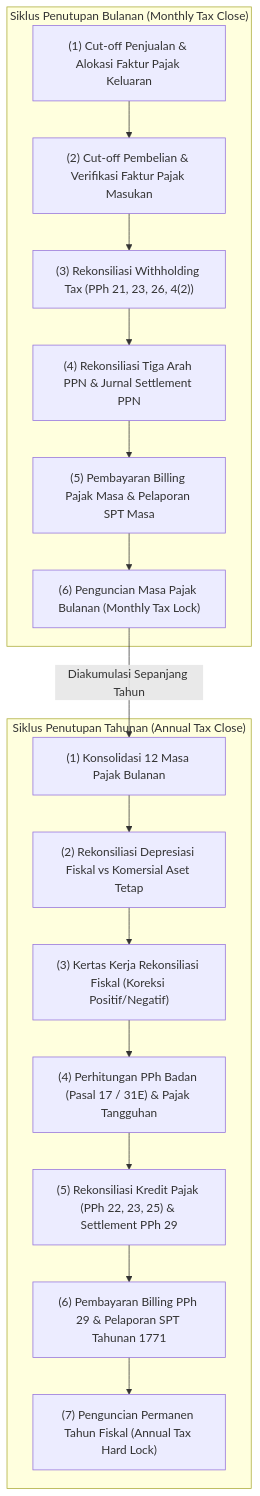
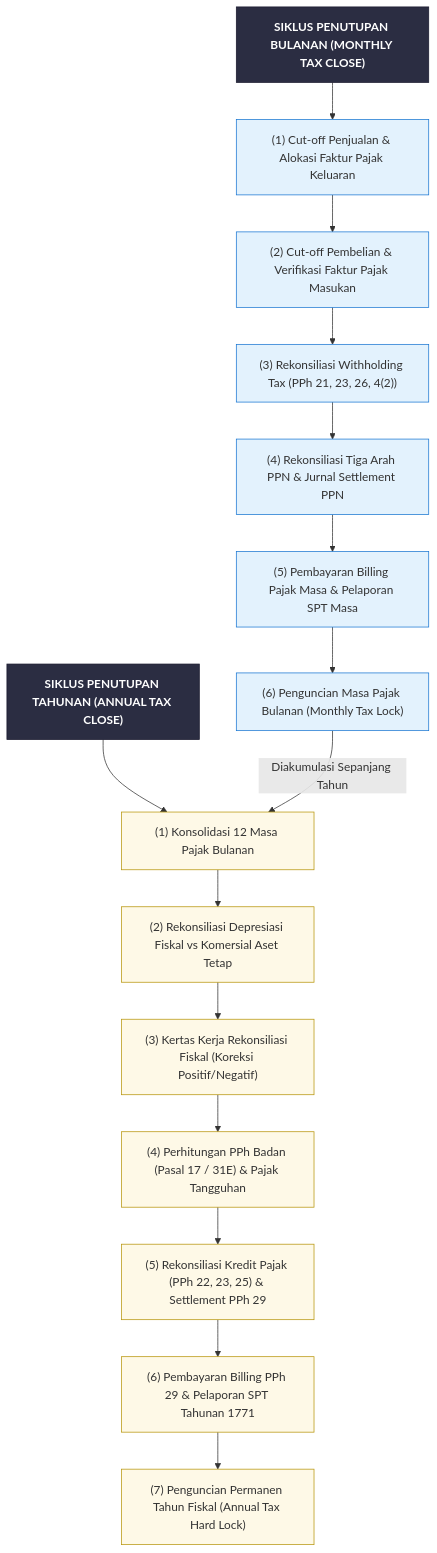
One commit to alimurrofid/erp-notes changed the diagram in content/11-tax/tax-closing-and-period-end.md. Above: the diagram before and after it, drawn with Mermaid. The commit also changed 58 other files, not shown here.

Commit message:
fix(content):Mermaid Subgraph

````diff
--- a/content/11-tax/tax-closing-and-period-end.md
+++ b/content/11-tax/tax-closing-and-period-end.md
@@ -27,25 +27,33 @@
 ```mermaid
 flowchart TD
-    subgraph Monthly["Siklus Penutupan Bulanan (Monthly Tax Close)"]
-        M1["(1) Cut-off Penjualan & Alokasi Faktur Pajak Keluaran"]
-        M2["(2) Cut-off Pembelian & Verifikasi Faktur Pajak Masukan"]
-        M3["(3) Rekonsiliasi Withholding Tax (PPh 21, 23, 26, 4(2))"]
-        M4["(4) Rekonsiliasi Tiga Arah PPN & Jurnal Settlement PPN"]
-        M5["(5) Pembayaran Billing Pajak Masa & Pelaporan SPT Masa"]
-        M6["(6) Penguncian Masa Pajak Bulanan (Monthly Tax Lock)"]
-        M1 --> M2 --> M3 --> M4 --> M5 --> M6
-    end
+    H_Monthly["SIKLUS PENUTUPAN BULANAN (MONTHLY TAX CLOSE)"]
+    M1["(1) Cut-off Penjualan & Alokasi Faktur Pajak Keluaran"]
+    M2["(2) Cut-off Pembelian & Verifikasi Faktur Pajak Masukan"]
+    M3["(3) Rekonsiliasi Withholding Tax (PPh 21, 23, 26, 4(2))"]
+    M4["(4) Rekonsiliasi Tiga Arah PPN & Jurnal Settlement PPN"]
+    M5["(5) Pembayaran Billing Pajak Masa & Pelaporan SPT Masa"]
+    M6["(6) Penguncian Masa Pajak Bulanan (Monthly Tax Lock)"]
+    
+    H_Monthly --> M1 --> M2 --> M3 --> M4 --> M5 --> M6
 
-    subgraph Annual["Siklus Penutupan Tahunan (Annual Tax Close)"]
-        A1["(1) Konsolidasi 12 Masa Pajak Bulanan"]
-        A2["(2) Rekonsiliasi Depresiasi Fiskal vs Komersial Aset Tetap"]
-        A3["(3) Kertas Kerja Rekonsiliasi Fiskal (Koreksi Positif/Negatif)"]
-        A4["(4) Perhitungan PPh Badan (Pasal 17 / 31E) & Pajak Tangguhan"]
-        A5["(5) Rekonsiliasi Kredit Pajak (PPh 22, 23, 25) & Settlement PPh 29"]
-        A6["(6) Pembayaran Billing PPh 29 & Pelaporan SPT Tahunan 1771"]
-        A7["(7) Penguncian Permanen Tahun Fiskal (Annual Tax Hard Lock)"]
-        A1 --> A2 --> A3 --> A4 --> A5 --> A6 --> A7
-    end
+    H_Annual["SIKLUS PENUTUPAN TAHUNAN (ANNUAL TAX CLOSE)"]
+    A1["(1) Konsolidasi 12 Masa Pajak Bulanan"]
+    A2["(2) Rekonsiliasi Depresiasi Fiskal vs Komersial Aset Tetap"]
+    A3["(3) Kertas Kerja Rekonsiliasi Fiskal (Koreksi Positif/Negatif)"]
+    A4["(4) Perhitungan PPh Badan (Pasal 17 / 31E) & Pajak Tangguhan"]
+    A5["(5) Rekonsiliasi Kredit Pajak (PPh 22, 23, 25) & Settlement PPh 29"]
+    A6["(6) Pembayaran Billing PPh 29 & Pelaporan SPT Tahunan 1771"]
+    A7["(7) Penguncian Permanen Tahun Fiskal (Annual Tax Hard Lock)"]
+    
+    H_Annual --> A1 --> A2 --> A3 --> A4 --> A5 --> A6 --> A7
 
     M6 -->|"Diakumulasi Sepanjang Tahun"| A1
+
+    classDef header fill:#2b2d42,stroke:#1a1a2e,color:#ffffff,font-weight:bold;
+    classDef monthly fill:#e3f2fd,stroke:#1976d2,stroke-width:1px;
+    classDef annual fill:#fef9e7,stroke:#b7950b,stroke-width:1px;
+
+    class H_Monthly,H_Annual header;
+    class M1,M2,M3,M4,M5,M6 monthly;
+    class A1,A2,A3,A4,A5,A6,A7 annual;
 ```
````
